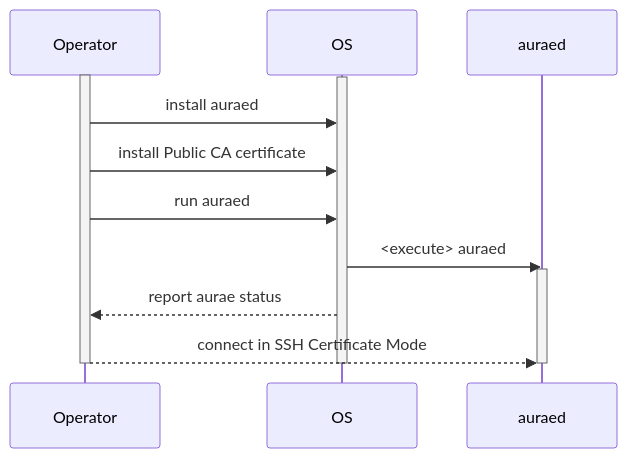
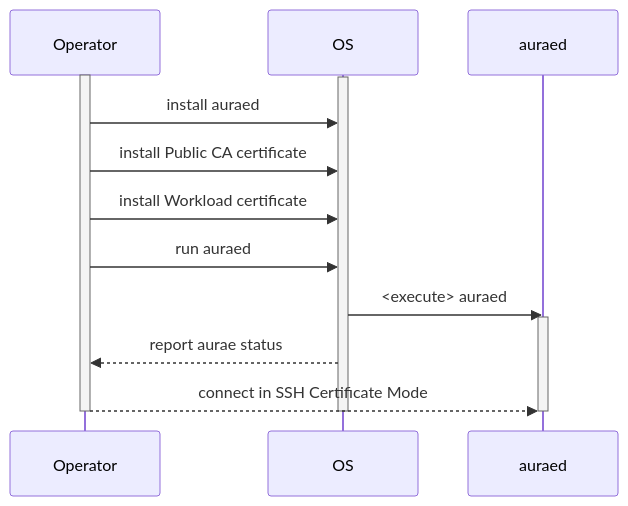
The second of 2 diagrams in accepted/002.md (aurae-runtime/architecture), drawn with Mermaid before and after one commit. The commit also changed other lines of this file, not shown here.

Commit message:
prop002: minor change to sequence diagram

````diff
--- a/accepted/002.md
+++ b/accepted/002.md
@@ -76,15 +77,16 @@
 ```mermaid
 sequenceDiagram
 activate Operator
 activate OS
 Operator->>OS: install auraed
 Operator->>OS: install Public CA certificate
+Operator->>OS: install Workload certificate
 Operator->>OS: run auraed
 OS->>auraed: <execute> auraed
 activate auraed
 OS-->>Operator: report aurae status
 Operator-->>auraed: connect in SSH Certificate Mode
 deactivate auraed
 deactivate Operator
 deactivate OS
 ```
````
